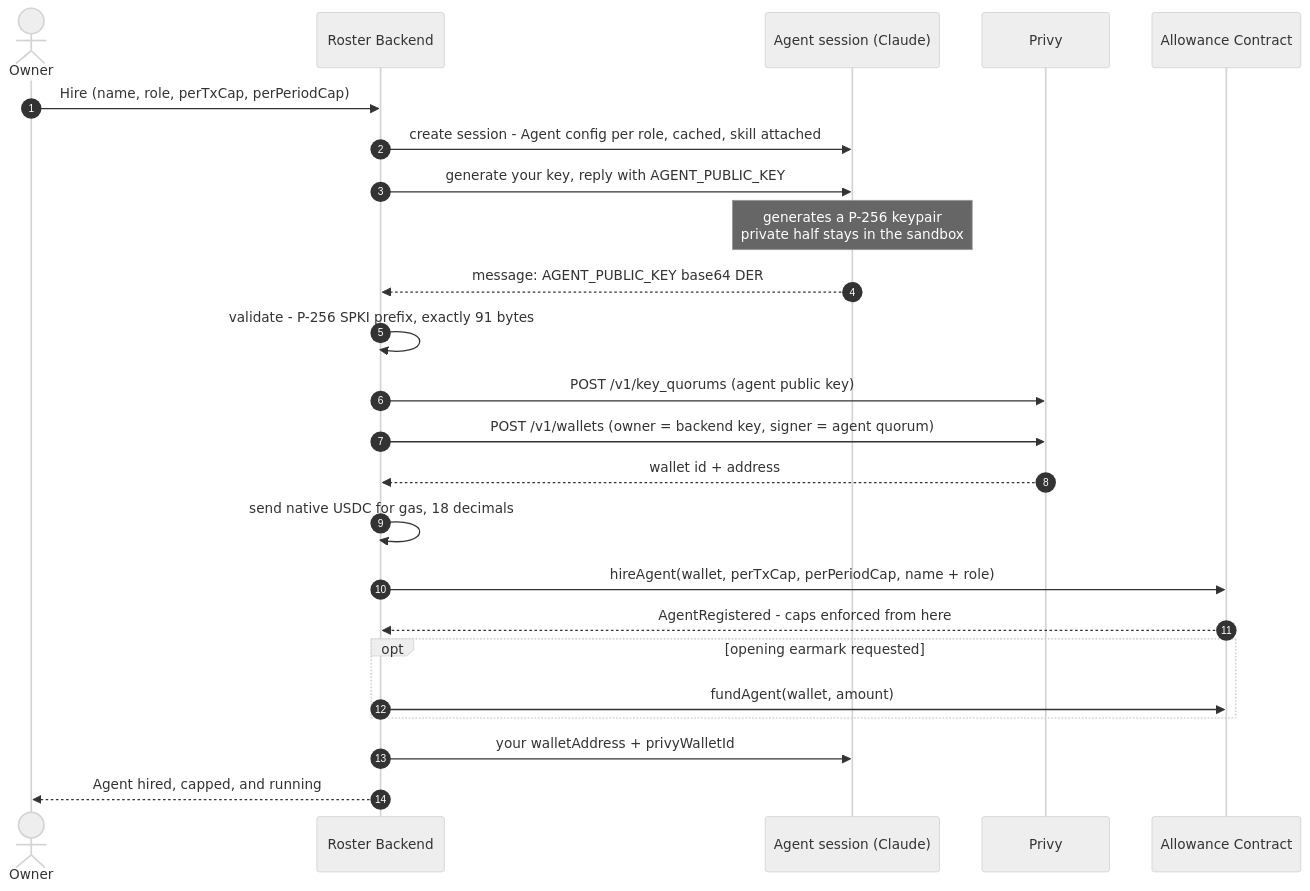
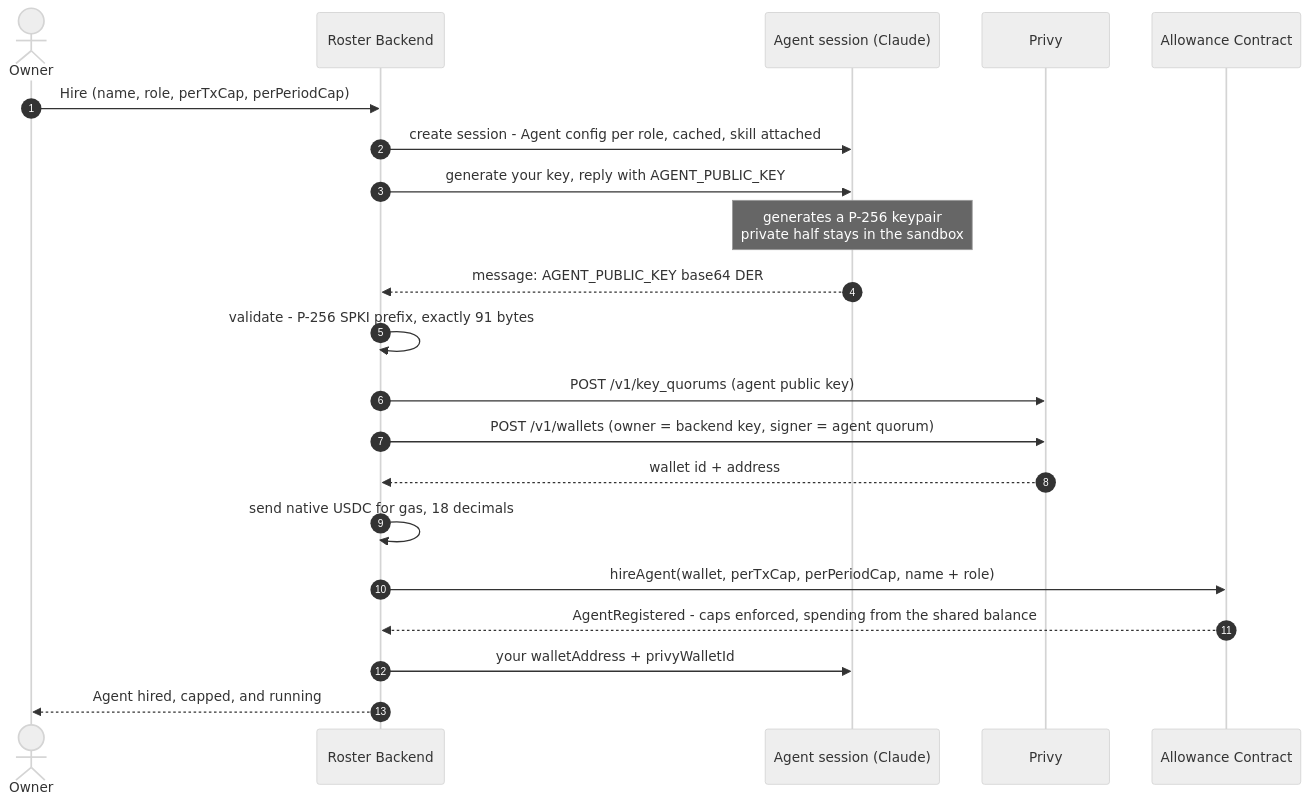
Before and after one commit to aiagentdev-1990/bursar: the second of 7 diagrams in docs/TECH-DESIGN.md, drawn with Mermaid (neutral theme). The commit also changed other lines of this file and 47 other files, not shown here.

First line of the commit message:
Shared pool: agents spend from one balance, fundAgent removed

````diff
--- a/docs/TECH-DESIGN.md
+++ b/docs/TECH-DESIGN.md
@@ -97,30 +97,27 @@
 ```mermaid
 sequenceDiagram
     autonumber
     actor Owner
     participant Backend as Roster Backend
     participant Agent as Agent session (Claude)
     participant Privy
     participant Roster as Allowance Contract
 
     Owner->>Backend: Hire (name, role, perTxCap, perPeriodCap)
     Backend->>Agent: create session - Agent config per role, cached, skill attached
     Backend->>Agent: generate your key, reply with AGENT_PUBLIC_KEY
     Note over Agent: generates a P-256 keypair<br/>private half stays in the sandbox
     Agent-->>Backend: message: AGENT_PUBLIC_KEY base64 DER
     Backend->>Backend: validate - P-256 SPKI prefix, exactly 91 bytes
 
     Backend->>Privy: POST /v1/key_quorums (agent public key)
     Backend->>Privy: POST /v1/wallets (owner = backend key, signer = agent quorum)
     Privy-->>Backend: wallet id + address
     Backend->>Backend: send native USDC for gas, 18 decimals
 
     Backend->>Roster: hireAgent(wallet, perTxCap, perPeriodCap, name + role)
-    Roster-->>Backend: AgentRegistered - caps enforced from here
-    opt opening earmark requested
-        Backend->>Roster: fundAgent(wallet, amount)
-    end
+    Roster-->>Backend: AgentRegistered - caps enforced, spending from the shared balance
 
     Backend->>Agent: your walletAddress + privyWalletId
     Backend-->>Owner: Agent hired, capped, and running
 ```
````
